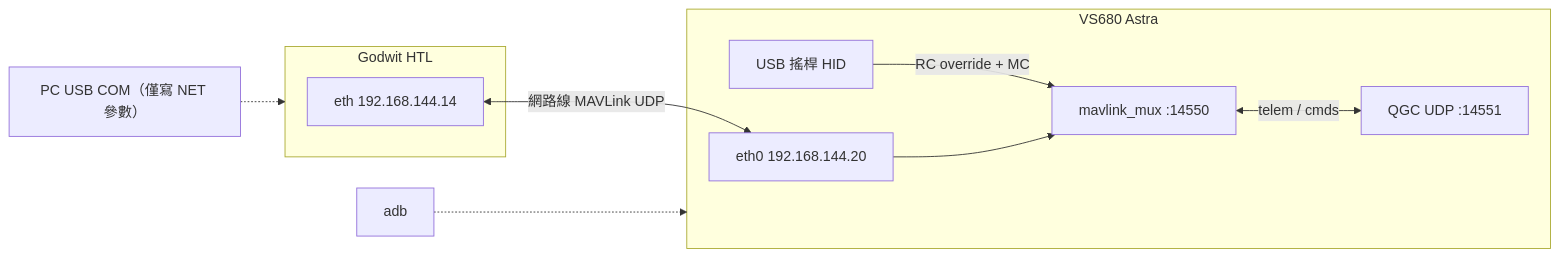
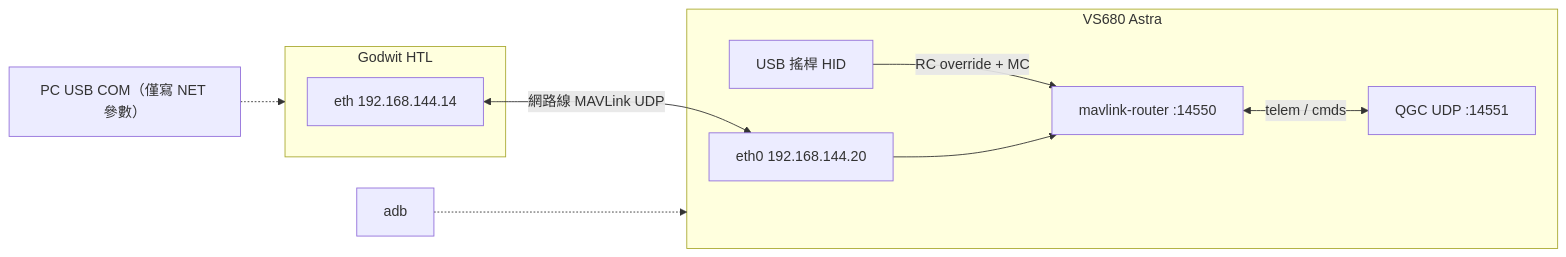
The diagram in docs/mux/architecture.md (BrianChang1212/Pro_RC_VS680_Mux_HTL), drawn with Mermaid before and after one commit. The commit also changed other lines of this file and 7 other files, not shown here.

First line of the commit message:
[Doc] 統一 MAVLink router 名稱並調整延遲呈現

````diff
--- a/docs/mux/architecture.md
+++ b/docs/mux/architecture.md
@@ -7,18 +7,18 @@
 ```mermaid
 flowchart LR
   subgraph FC["Godwit HTL"]
     ETH_FC["eth 192.168.144.14"]
   end
   subgraph Board["VS680 Astra"]
     ETH_B["eth0 192.168.144.20"]
-    MUX["mavlink_mux :14550"]
+    MUX["mavlink-router :14550"]
     QGC["QGC UDP :14551"]
     JOY["USB 搖桿 HID"]
     JOY -->|"RC override + MC"| MUX
     ETH_B --> MUX
     MUX <-->|"telem / cmds"| QGC
   end
   ETH_FC <-->|"網路線 MAVLink UDP"| ETH_B
   USB["PC USB COM（僅寫 NET 參數）"] -.-> FC
   ADB["adb"] -.-> Board
 ```
````
